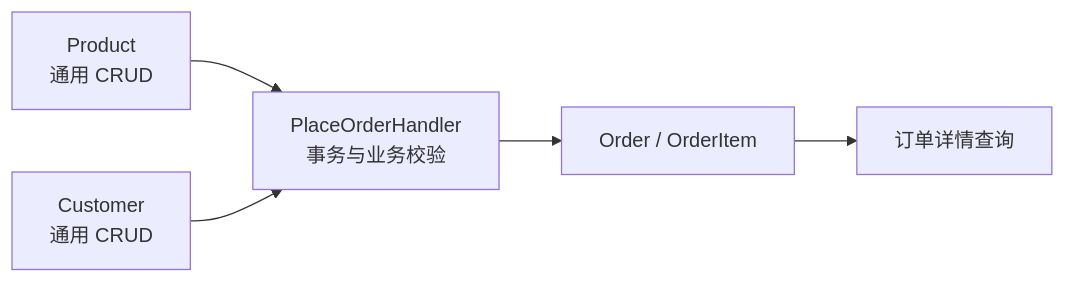
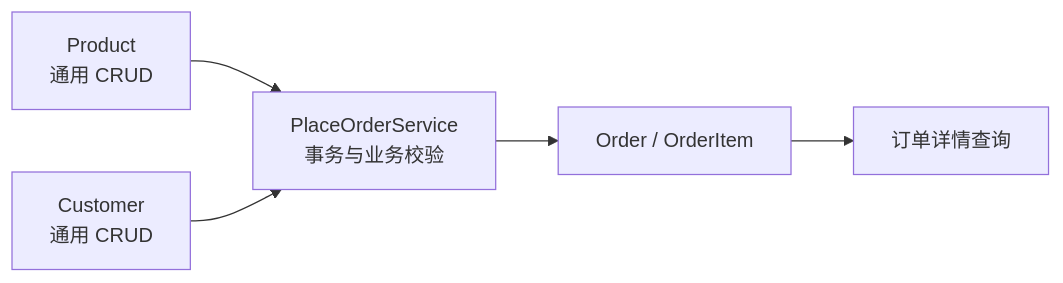
Before and after one commit to ent-loom/ent-loom: the third of 3 diagrams in docs/evolution/roadmap/core/示例工程实施计划.md, drawn with Mermaid. The commit also changed other lines of this file and 24 other files, not shown here.

````diff
--- a/docs/evolution/roadmap/core/示例工程实施计划.md
+++ b/docs/evolution/roadmap/core/示例工程实施计划.md
@@ -109,12 +109,12 @@
 ```mermaid
 flowchart LR
     product["Product\n通用 CRUD"]
     customer["Customer\n通用 CRUD"]
     order["Order / OrderItem"]
-    handler["PlaceOrderHandler\n事务与业务校验"]
+    handler["PlaceOrderService\n事务与业务校验"]
     query["订单详情查询"]
 
     product --> handler
     customer --> handler
     handler --> order --> query
 ```
````
